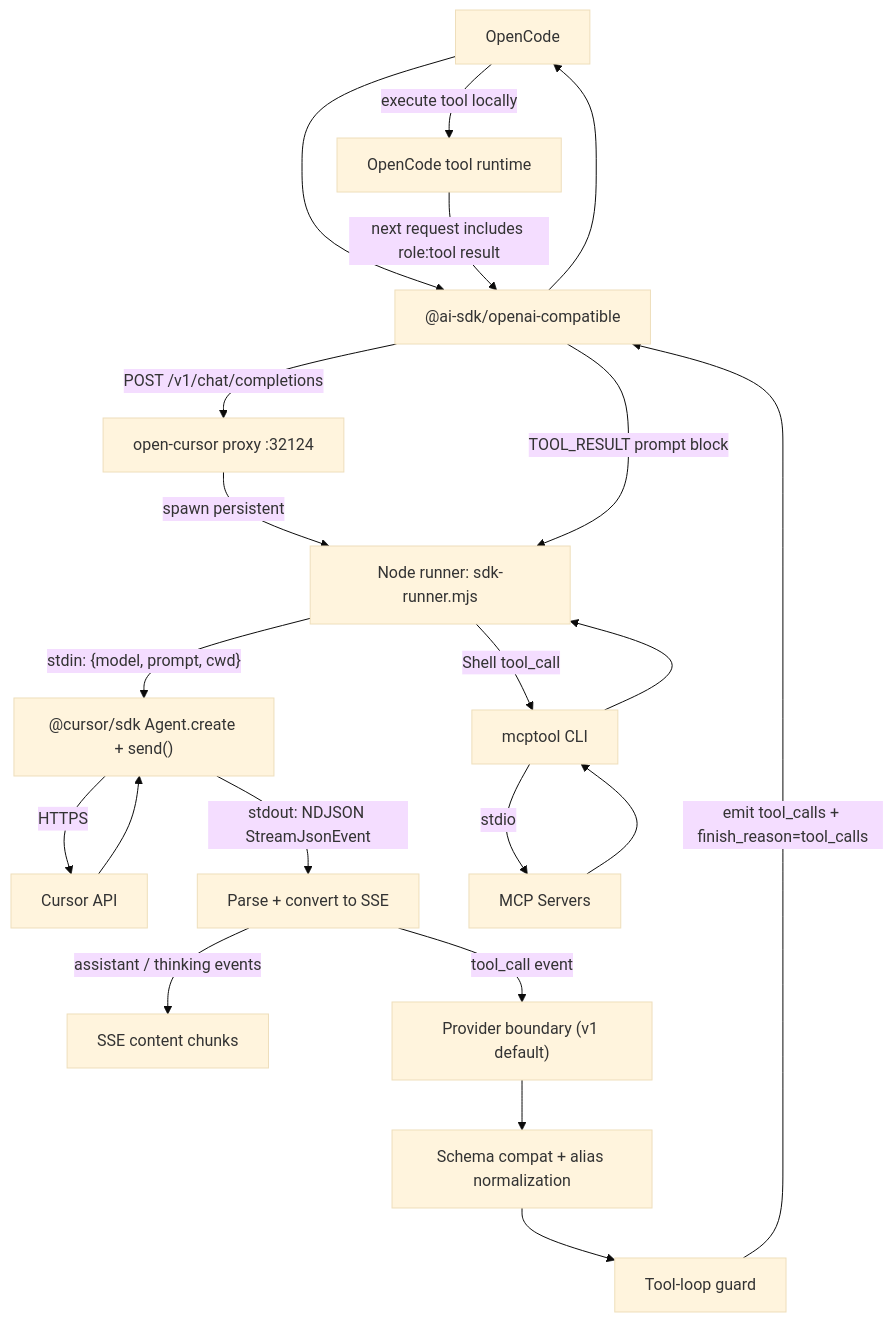
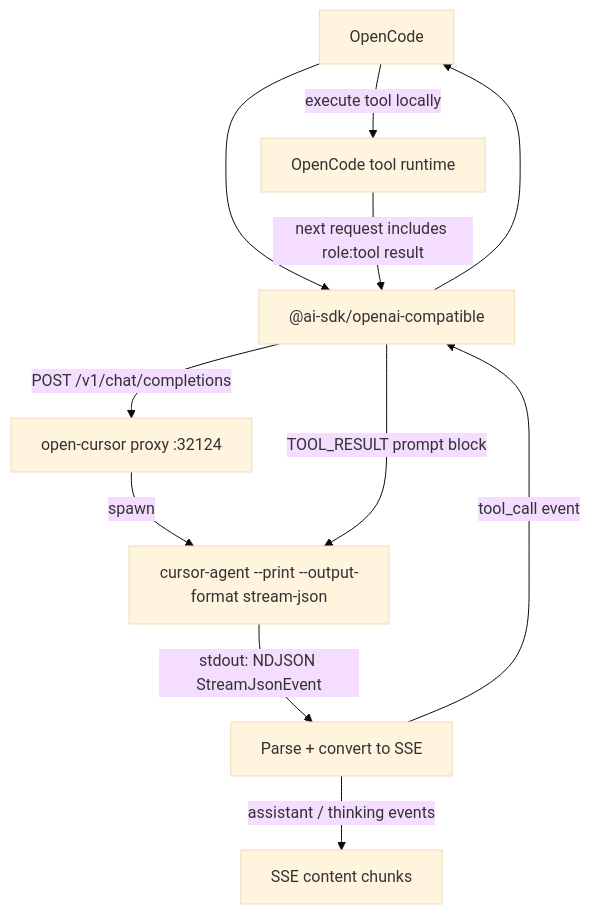
Before and after one commit to EvanNotFound/opencode-cursor: the first of 2 diagrams in README.md, drawn with Mermaid (base theme). The commit also changed other lines of this file and 117 other files, not shown here.

````diff
--- a/README.md
+++ b/README.md
@@ -183,26 +150,14 @@
 ```mermaid
 flowchart TB
     OC["OpenCode"] --> SDK["@ai-sdk/openai-compatible"]
     SDK -->|"POST /v1/chat/completions"| PROXY["open-cursor proxy :32124"]
-    PROXY -->|"spawn persistent"| RUNNER["Node runner: sdk-runner.mjs"]
-    RUNNER -->|"stdin: {model, prompt, cwd}"| CURSORSDK["@cursor/sdk Agent.create + send()"]
-    CURSORSDK -->|"HTTPS"| CURSOR["Cursor API"]
-    CURSOR --> CURSORSDK
-
-    CURSORSDK -->|"stdout: NDJSON StreamJsonEvent"| PARSER["Parse + convert to SSE"]
+    PROXY -->|"spawn"| AGENT["cursor-agent --print --output-format stream-json"]
+    AGENT -->|"stdout: NDJSON StreamJsonEvent"| PARSER["Parse + convert to SSE"]
     PARSER -->|"assistant / thinking events"| SSE["SSE content chunks"]
-    PARSER -->|"tool_call event"| BOUNDARY["Provider boundary (v1 default)"]
-    BOUNDARY --> COMPAT["Schema compat + alias normalization"]
-    COMPAT --> GUARD["Tool-loop guard"]
-    GUARD -->|"emit tool_calls + finish_reason=tool_calls"| SDK
+    PARSER -->|"tool_call event"| SDK
     SDK --> OC
 
     OC -->|"execute tool locally"| TOOLRUN["OpenCode tool runtime"]
     TOOLRUN -->|"next request includes role:tool result"| SDK
-    SDK -->|"TOOL_RESULT prompt block"| RUNNER
-
-    RUNNER -->|"Shell tool_call"| MCPTOOL["mcptool CLI"]
-    MCPTOOL -->|"stdio"| MCP["MCP Servers"]
-    MCP --> MCPTOOL
-    MCPTOOL --> RUNNER
+    SDK -->|"TOOL_RESULT prompt block"| AGENT
 ```
````
